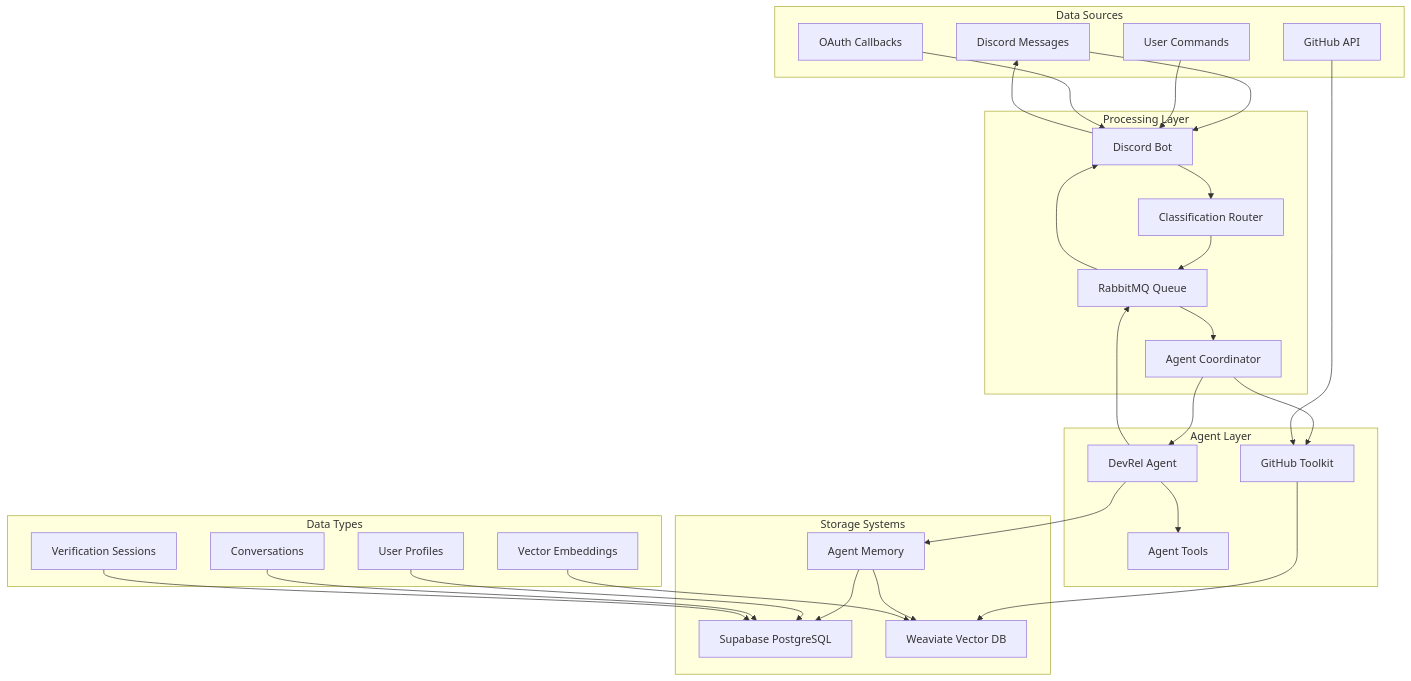
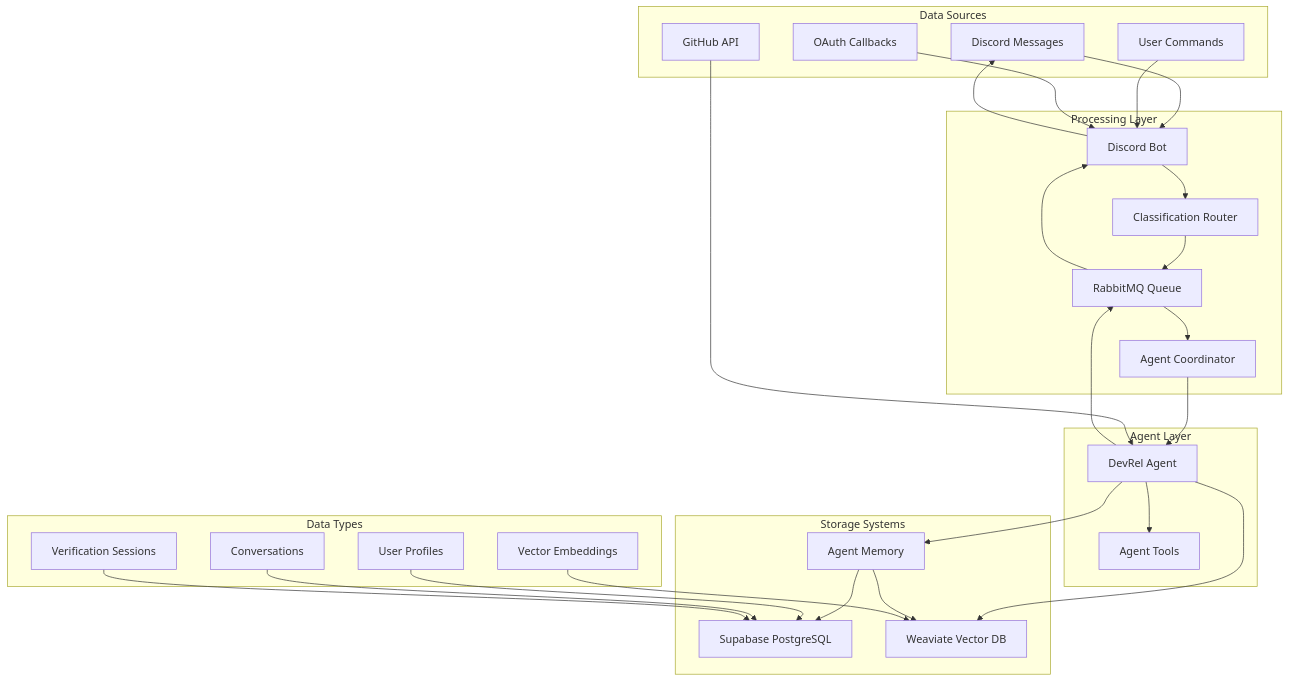
One commit to smokeyScraper/Devr.AI changed the sixth of 6 diagrams in README.md. Above: the diagram before and after it, drawn with Mermaid. The commit also changed other lines of this file and 2 other files, not shown here.

````diff
--- a/README.md
+++ b/README.md
@@ -1231,66 +693,64 @@
 ```mermaid
 flowchart TB
     subgraph "Data Sources"
         DISCORD["Discord Messages"]
         GITHUB_API["GitHub API"]
         USER_INPUT["User Commands"]
         OAUTH["OAuth Callbacks"]
     end
 
     subgraph "Processing Layer"
         BOT["Discord Bot"]
         CLASSIFIER["Classification Router"]
         RABBIT["RabbitMQ Queue"]
         COORD["Agent Coordinator"]
     end
 
     subgraph "Agent Layer"
         DEVREL["DevRel Agent"]
-        GITHUB_AGENT["GitHub Toolkit"]
         TOOLS["Agent Tools"]
     end
 
     subgraph "Storage Systems"
         SUPA["Supabase PostgreSQL"]
         WEAVIATE["Weaviate Vector DB"]
         MEMORY["Agent Memory"]
     end
 
     subgraph "Data Types"
         USERS["User Profiles"]
         CONVOS["Conversations"]
         EMBEDDINGS["Vector Embeddings"]
         SESSIONS["Verification Sessions"]
     end
 
     %% Data Flow
     DISCORD --> BOT
     USER_INPUT --> BOT
     OAUTH --> BOT
 
     BOT --> CLASSIFIER
     CLASSIFIER --> RABBIT
     RABBIT --> COORD
 
     COORD --> DEVREL
-    COORD --> GITHUB_AGENT
     DEVREL --> TOOLS
 
-    GITHUB_API --> GITHUB_AGENT
-    GITHUB_AGENT --> WEAVIATE
+    GITHUB_API --> DEVREL
+    DEVREL --> WEAVIATE
 
     %% Storage Connections
     DEVREL --> MEMORY
     MEMORY --> SUPA
     MEMORY --> WEAVIATE
 
     USERS --> SUPA
     CONVOS --> SUPA
     EMBEDDINGS --> WEAVIATE
     SESSIONS --> SUPA
 
     %% Response Flow
     DEVREL --> RABBIT
     RABBIT --> BOT
     BOT --> DISCORD
 ```
````
